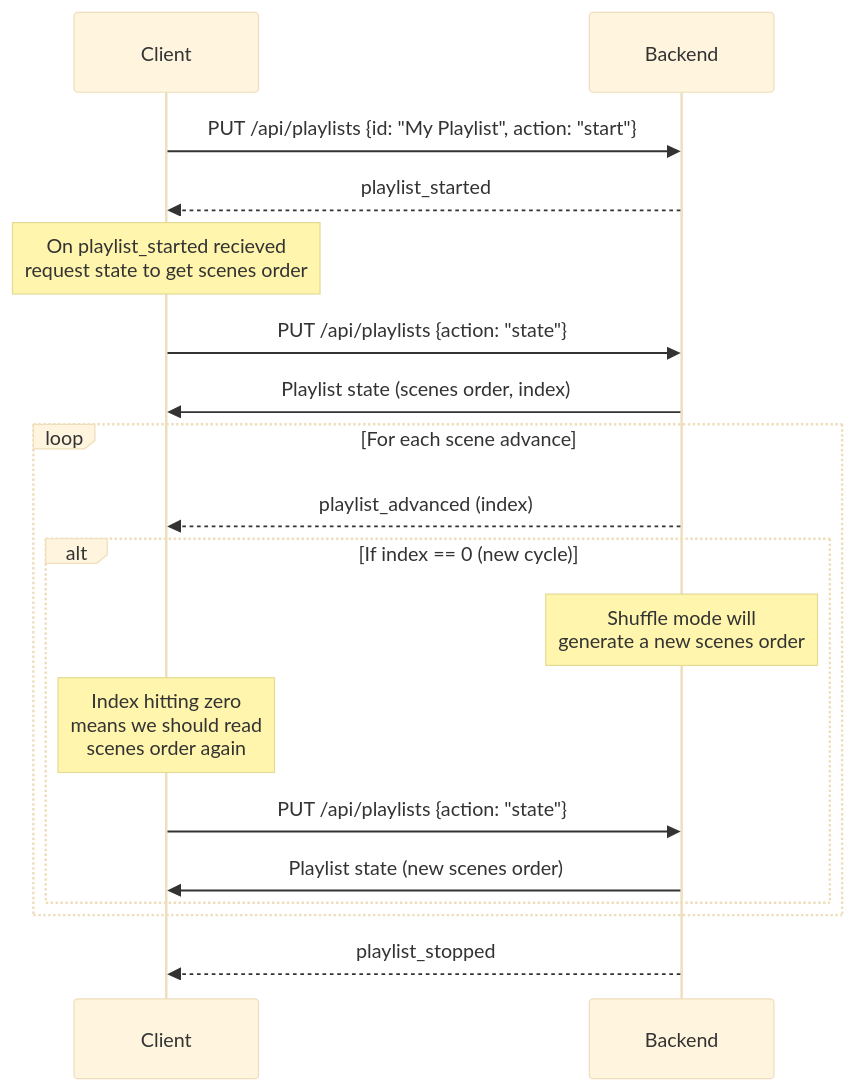
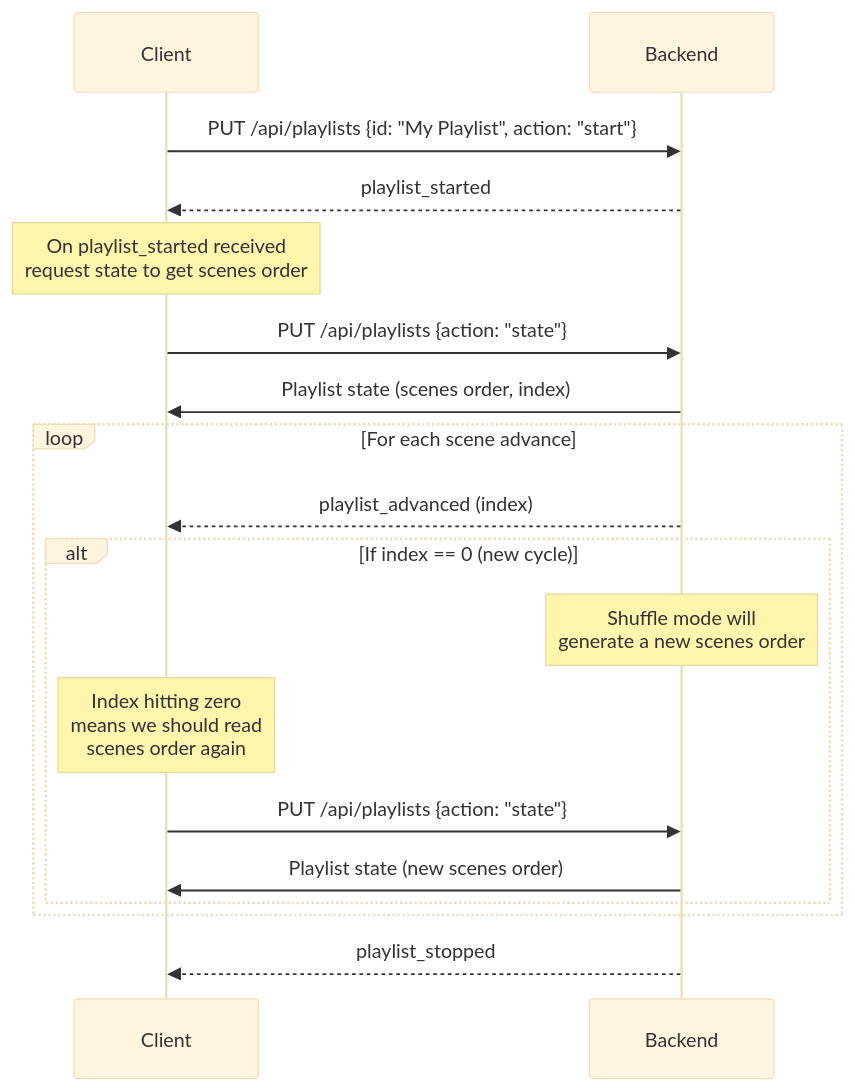
The diagram in docs/apis/playlists.md (LedFx/LedFx), drawn with Mermaid (base theme) before and after one commit. The commit also changed 2 other files, not shown here.

Commit message:
remove multipart

````diff
--- a/docs/apis/playlists.md
+++ b/docs/apis/playlists.md
@@ -271,27 +271,27 @@
 ```{mermaid}
 sequenceDiagram
 participant Client
 participant Backend
 
 %% Start playlist (REST call)
 Client->>Backend: PUT /api/playlists {id: "My Playlist", action: "start"}
 
 %% Playlist started (WebSocket event)
 Backend-->>Client: playlist_started
 
-Note over Client: On playlist_started recieved<br>request state to get scenes order
+Note over Client: On playlist_started received<br>request state to get scenes order
 Client->>Backend: PUT /api/playlists {action: "state"}
 Backend->>Client: Playlist state (scenes order, index)
 
 loop For each scene advance
   Backend-->>Client: playlist_advanced (index)
   alt If index == 0 (new cycle)
     note over Backend: Shuffle mode will<br>generate a new scenes order
     note over Client: Index hitting zero<br>means we should read<br>scenes order again
     Client->>Backend: PUT /api/playlists {action: "state"}
     Backend->>Client: Playlist state (new scenes order)
   end
 end
 
 Backend-->>Client: playlist_stopped
 ```
````
